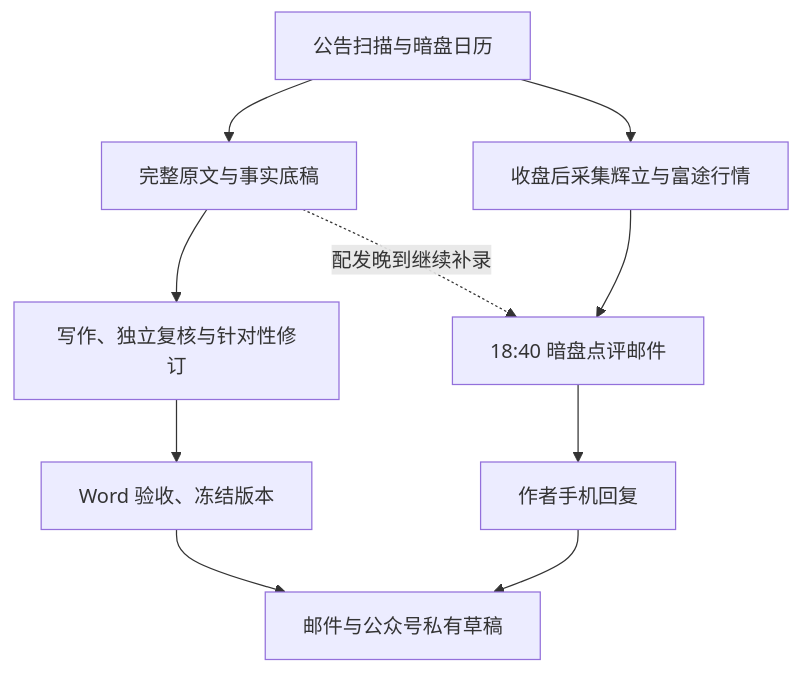
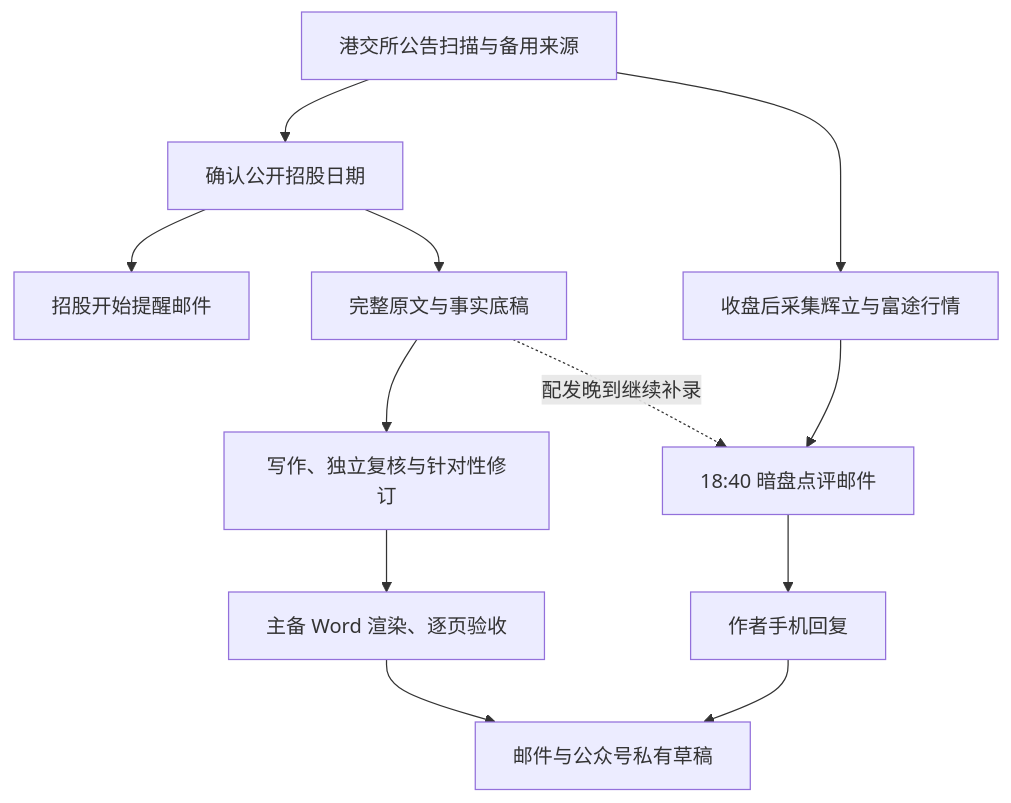
Before and after one commit to jeffinchina/hkipo-workflow: the diagram in README.md, drawn with Mermaid. The commit also changed other lines of this file and 21 other files, not shown here.

````diff
--- a/README.md
+++ b/README.md
@@ -7,12 +7,14 @@
 ```mermaid
 flowchart TD
-    A[公告扫描与暗盘日历] --> B[完整原文与事实底稿]
+    A[港交所公告扫描与备用来源] --> I[确认公开招股日期]
+    I --> J[招股开始提醒邮件]
+    I --> B[完整原文与事实底稿]
     B --> C[写作、独立复核与针对性修订]
-    C --> D[Word 验收、冻结版本]
+    C --> D[主备 Word 渲染、逐页验收]
     D --> E[邮件与公众号私有草稿]
     A --> F[收盘后采集辉立与富途行情]
     F --> G[18:40 暗盘点评邮件]
     B -.配发晚到继续补录.-> G
     G --> H[作者手机回复]
     H --> E
 ```
````
